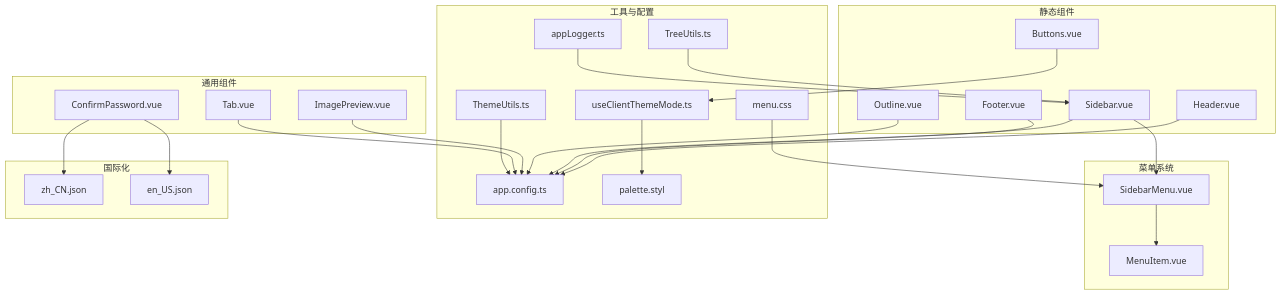
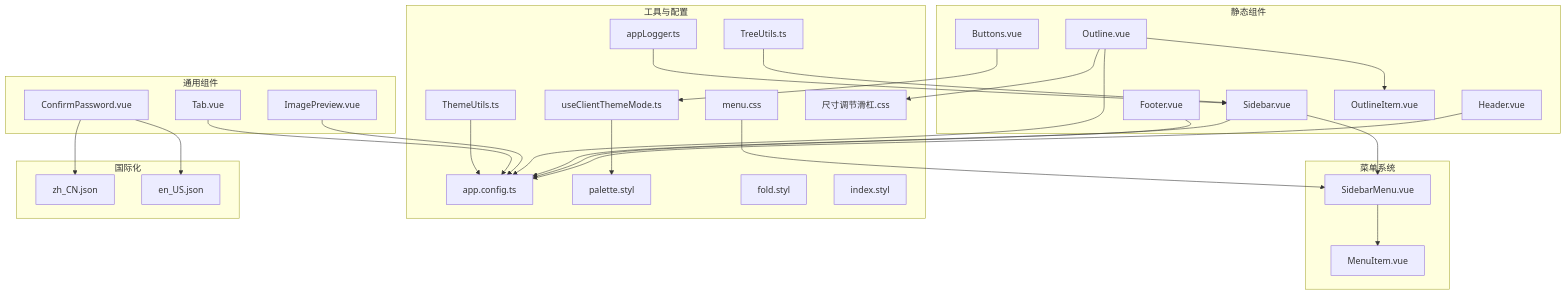
One commit to terwer/siyuan-plugin-blog changed the first of 13 diagrams in .qoder/repowiki/zh/content/核心功能/UI 组件系统/UI 组件系统.md. Above: the diagram before and after it, drawn with Mermaid. The commit also changed other lines of this file and 4 other files, not shown here.

````diff
--- a/.qoder/repowiki/zh/content/核心功能/UI 组件系统/UI 组件系统.md
+++ b/.qoder/repowiki/zh/content/核心功能/UI 组件系统/UI 组件系统.md
@@ -66,48 +75,54 @@
 ```mermaid
 graph TB
 subgraph "静态组件"
 H["Header.vue"]
 F["Footer.vue"]
 B["Buttons.vue"]
 S["Sidebar.vue"]
 O["Outline.vue"]
+OI["OutlineItem.vue"]
 end
 subgraph "菜单系统"
 SM["SidebarMenu.vue"]
 MI["MenuItem.vue"]
 end
 subgraph "通用组件"
 CP["ConfirmPassword.vue"]
 IP["ImagePreview.vue"]
 T["Tab.vue"]
 end
 subgraph "工具与配置"
 AC["app.config.ts"]
 TM["useClientThemeMode.ts"]
 TU["ThemeUtils.ts"]
 TR["TreeUtils.ts"]
 PAL["palette.styl"]
+FOLD["fold.styl"]
+INDEX["index.styl"]
 MCSS["menu.css"]
+SLIDER["尺寸调节滑杠.css"]
 AL["appLogger.ts"]
 end
 subgraph "国际化"
 ZH["zh_CN.json"]
 EN["en_US.json"]
 end
 H --> AC
 F --> AC
 B --> TM
 S --> AC
 S --> SM
 SM --> MI
 O --> AC
+O --> OI
+O --> SLIDER
 CP --> ZH
 CP --> EN
 IP --> AC
 T --> AC
 TM --> PAL
 TU --> AC
 TR --> S
 MCSS --> SM
 AL --> S
 ```
````
